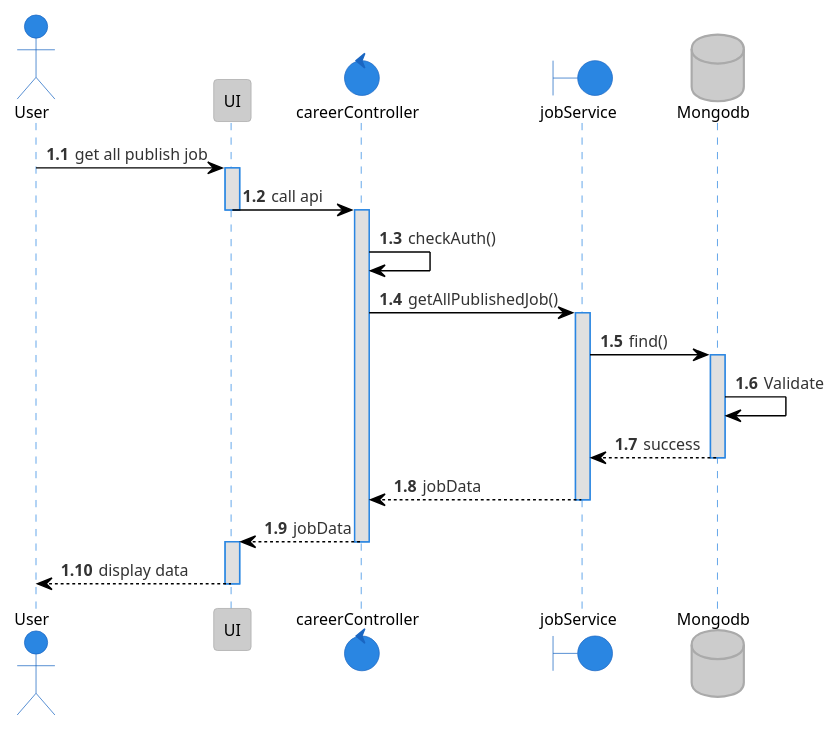
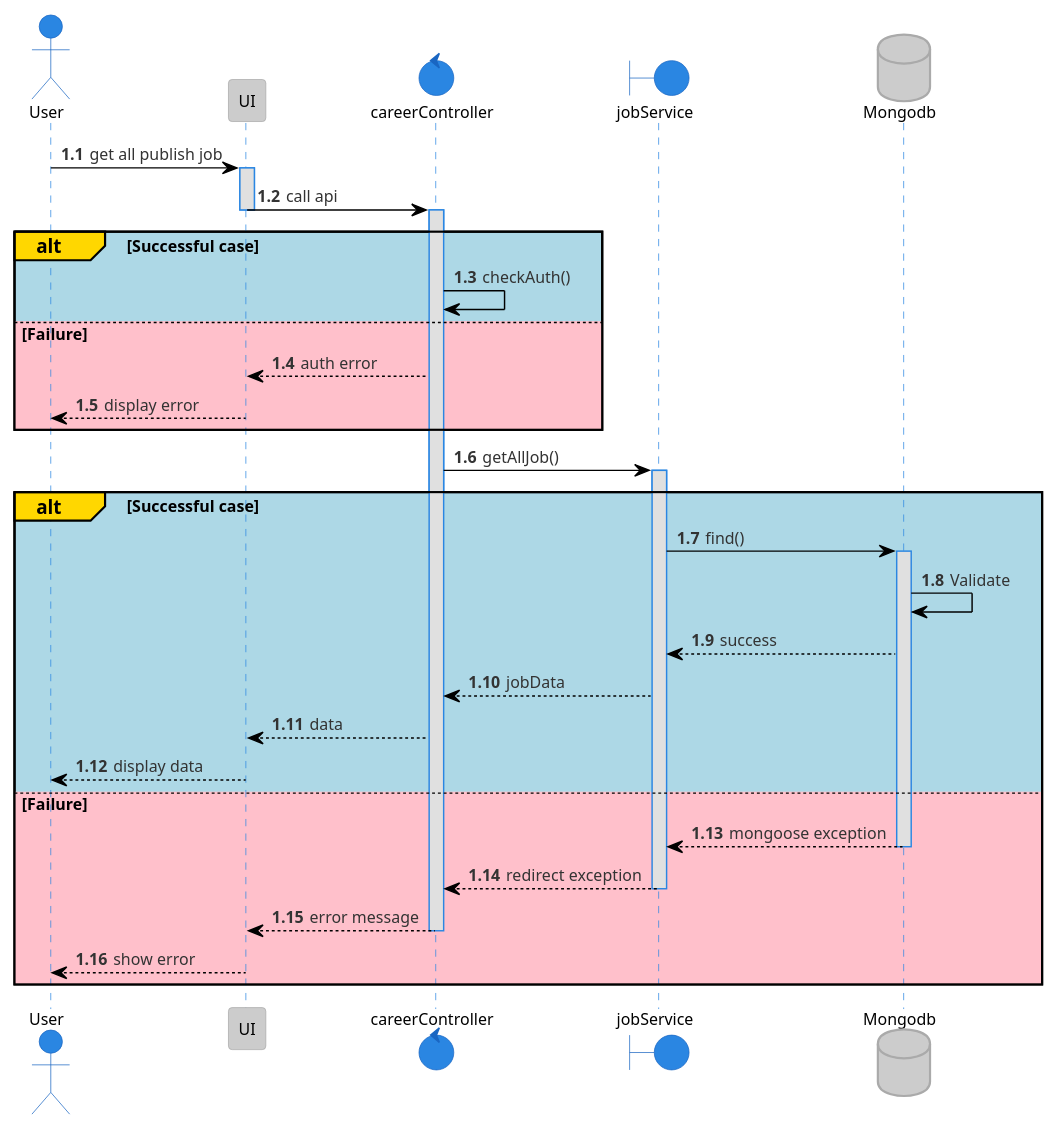
Before and after one commit to tuannm99/RMS: the diagram in plantuml/sequence/career/getAllPublishJobs.puml, drawn with PlantUML. The commit also changed 31 other files, not shown here.

Commit message:
update - final sequence

```diff
--- a/plantuml/sequence/career/getAllPublishJobs.puml
+++ b/plantuml/sequence/career/getAllPublishJobs.puml
@@ -1,33 +1,47 @@
 @startuml getAllPublishJob
 !theme reddress-lightblue
 
 autonumber 1.1
 actor User
 participant UI
 control  careerController
 boundary jobService
 database Mongodb
 
 
 User -> UI: get all publish job
 activate UI
 UI -> careerController: call api
 deactivate UI
 activate careerController
-careerController -> careerController: checkAuth()
-careerController -> jobService: getAllPublishedJob()
-activate jobService
-jobService -> Mongodb: find()
-activate Mongodb
-Mongodb -> Mongodb: Validate
-Mongodb --> jobService: success
-deactivate Mongodb
-jobService --> careerController: jobData
-deactivate jobService
-careerController --> UI: jobData
-deactivate careerController
-activate UI
-UI --> User: display data
-deactivate UI
+
+alt#Gold #LightBlue Successful case
+    careerController -> careerController: checkAuth()
+else #Pink Failure
+    careerController --> UI: auth error
+    UI --> User: display error
+end
+
+careerController -> jobService: getAllJob()
+
+alt#Gold #LightBlue Successful case
+    activate jobService
+    jobService -> Mongodb: find()
+    activate Mongodb
+    Mongodb -> Mongodb: Validate
+    Mongodb --> jobService: success
+    jobService --> careerController: jobData
+    careerController --> UI: data
+    UI --> User: display data
+else #Pink Failure
+    Mongodb --> jobService: mongoose exception
+    deactivate Mongodb
+    jobService --> careerController: redirect exception
+    deactivate jobService
+    careerController --> UI: error message
+    deactivate careerController
+    UI --> User: show error
+    deactivate UI
+end
 
 @enduml
```
